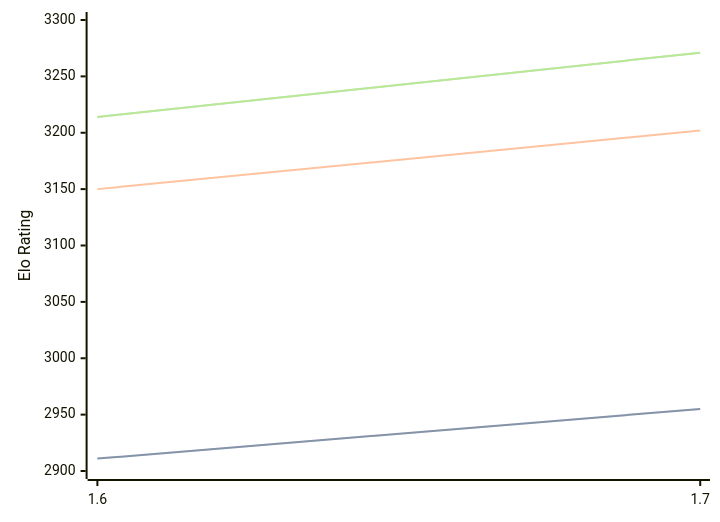
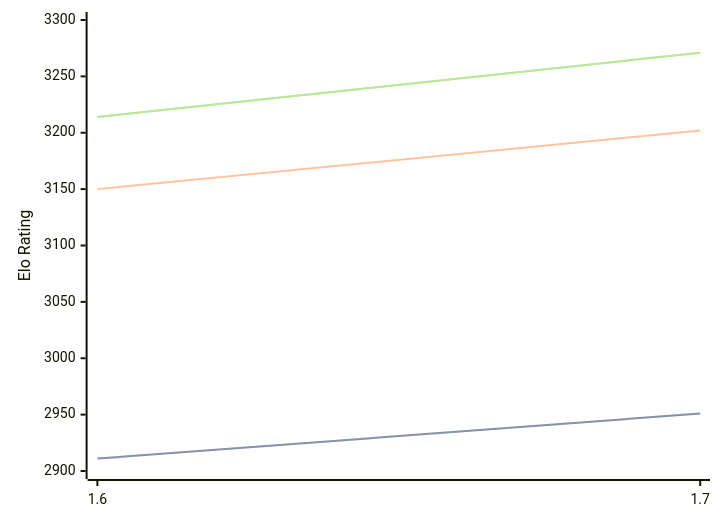
One commit to computer-chess-index/cci changed the diagram in engines/Bitbit.md. Above: the diagram before and after it, drawn with Mermaid. The commit also changed other lines of this file, not shown here.

````diff
--- a/engines/Bitbit.md
+++ b/engines/Bitbit.md
@@ -32,11 +32,11 @@
 ```mermaid
 %%{init: {"theme":"base","themeVariables":{"seriesColors:['#a3a3a3','#222221','#faa371']}}}%%
 xychart-beta
   x-axis ["1.6", "1.7"]
   y-axis "Elo Rating" 2900 --> 3300
-  line "" [2911, 2955]
-  line "STC (8.0+0.08s)" [2911, 2955]
+  line "" [2911, 2951]
+  line "STC (8.0+0.08s)" [2911, 2951]
   line "LTC (60.0+0.60s)" [3150, 3202]
   line "" [3214, 3271]
   line "VLTC (2m24s+1.12s)" [3214, 3271]
 ```
````
